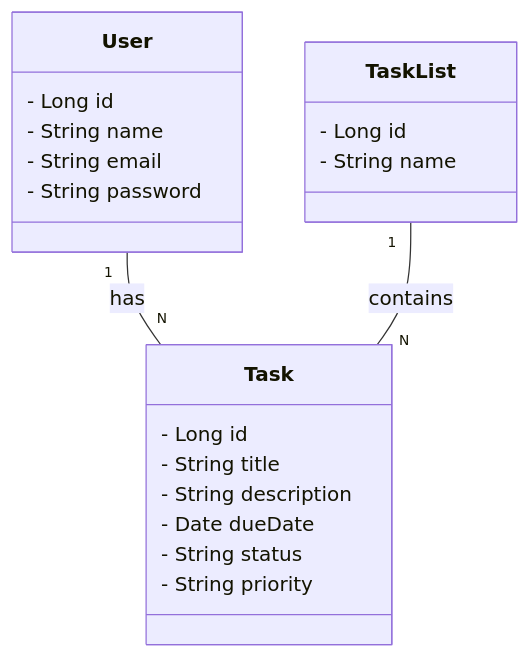
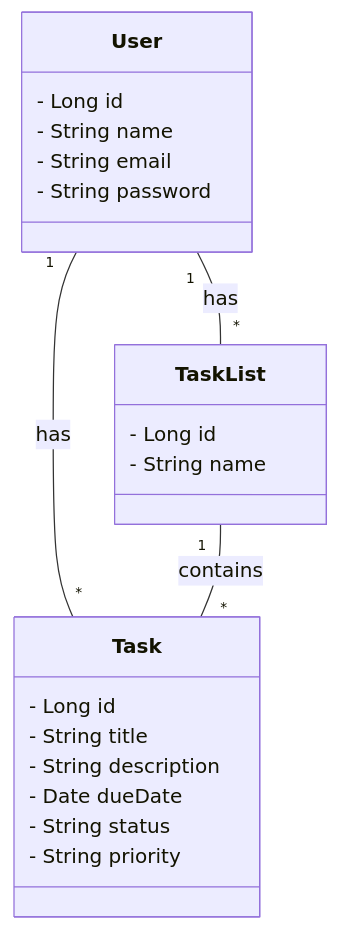
The diagram in README.md (GustavoSilvalgs/TaskMaster), drawn with Mermaid before and after one commit.

Commit message:
chore: Correct class diagram in the README
- Replace the previous class diagram with a corrected one
- Add the correct relationships between the classes

````diff
--- a/README.md
+++ b/README.md
@@ -6,26 +6,25 @@
 ```mermaid
 classDiagram
   class User {
     - Long id
     - String name
     - String email
     - String password
   }
-
   class Task {
     - Long id
     - String title
     - String description
     - Date dueDate
     - String status
     - String priority
   }
-
   class TaskList {
     - Long id
     - String name
   }
 
-  User "1" -- "N" Task : has
-  TaskList "1" -- "N" Task : contains
+  User "1" -- "*" Task : has
+  User "1" -- "*" TaskList : has
+  TaskList "1" -- "*" Task : contains
 ```
````
